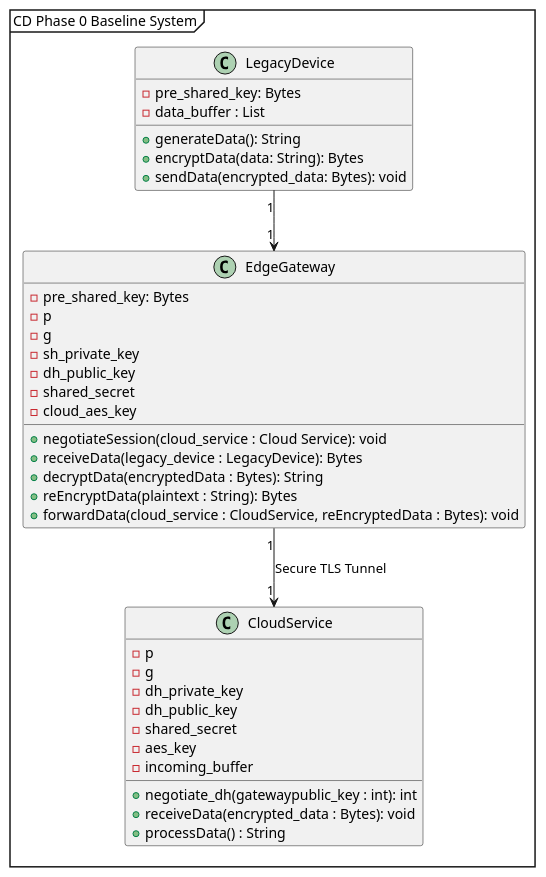
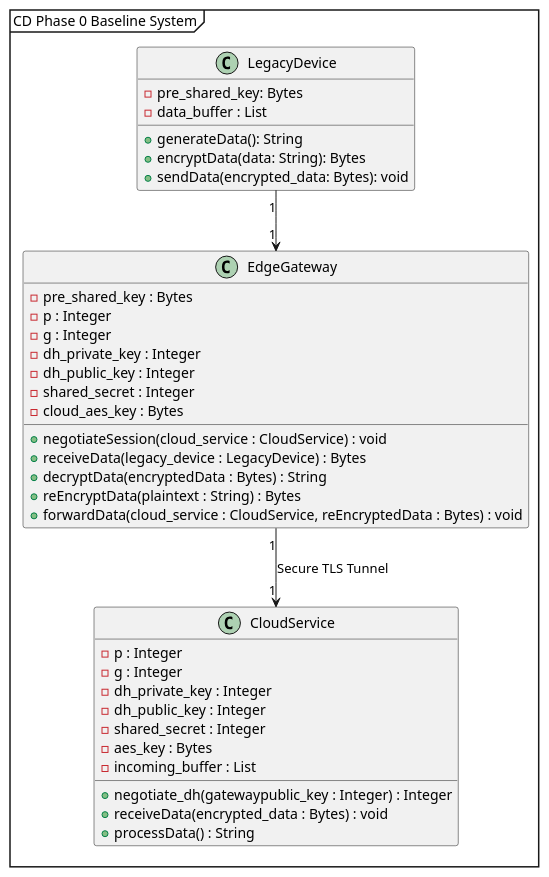
Before and after one commit to AloRno/SDMO: the diagram in Documentation/Archive/Diagrams/Baseline_System.puml, drawn with PlantUML. The commit also changed 3 other files, not shown here.

```diff
--- a/Documentation/Archive/Diagrams/Baseline_System.puml
+++ b/Documentation/Archive/Diagrams/Baseline_System.puml
@@ -1,43 +1,43 @@
 @startuml
 mainframe CD Phase 0 Baseline System
 
 class LegacyDevice {
   - pre_shared_key: Bytes
   - data_buffer : List
   + generateData(): String
   + encryptData(data: String): Bytes
   + sendData(encrypted_data: Bytes): void
 }
 
 class EdgeGateway {
-  - pre_shared_key: Bytes
-  - p
-  - g 
-  - sh_private_key
-  - dh_public_key
-  - shared_secret
-  - cloud_aes_key
-  + negotiateSession(cloud_service : Cloud Service): void
-  + receiveData(legacy_device : LegacyDevice): Bytes
-  + decryptData(encryptedData : Bytes): String
-  + reEncryptData(plaintext : String): Bytes
-  + forwardData(cloud_service : CloudService, reEncryptedData : Bytes): void
+  - pre_shared_key : Bytes
+  - p : Integer
+  - g : Integer
+  - dh_private_key : Integer
+  - dh_public_key : Integer
+  - shared_secret : Integer
+  - cloud_aes_key : Bytes
+  + negotiateSession(cloud_service : CloudService) : void
+  + receiveData(legacy_device : LegacyDevice) : Bytes
+  + decryptData(encryptedData : Bytes) : String
+  + reEncryptData(plaintext : String) : Bytes
+  + forwardData(cloud_service : CloudService, reEncryptedData : Bytes) : void
 }
 
 class CloudService {
-  - p 
-  - g
-  - dh_private_key
-  - dh_public_key
-  - shared_secret
-  - aes_key
-  - incoming_buffer
-  + negotiate_dh(gatewaypublic_key : int): int
-  + receiveData(encrypted_data : Bytes): void
+  - p : Integer
+  - g : Integer
+  - dh_private_key : Integer
+  - dh_public_key : Integer
+  - shared_secret : Integer
+  - aes_key : Bytes
+  - incoming_buffer : List
+  + negotiate_dh(gatewaypublic_key : Integer) : Integer
+  + receiveData(encrypted_data : Bytes) : void
   + processData() : String
 }
 
 LegacyDevice "1" --> "1" EdgeGateway
 EdgeGateway "1" --> "1" CloudService : Secure TLS Tunnel
 
 @enduml
```
